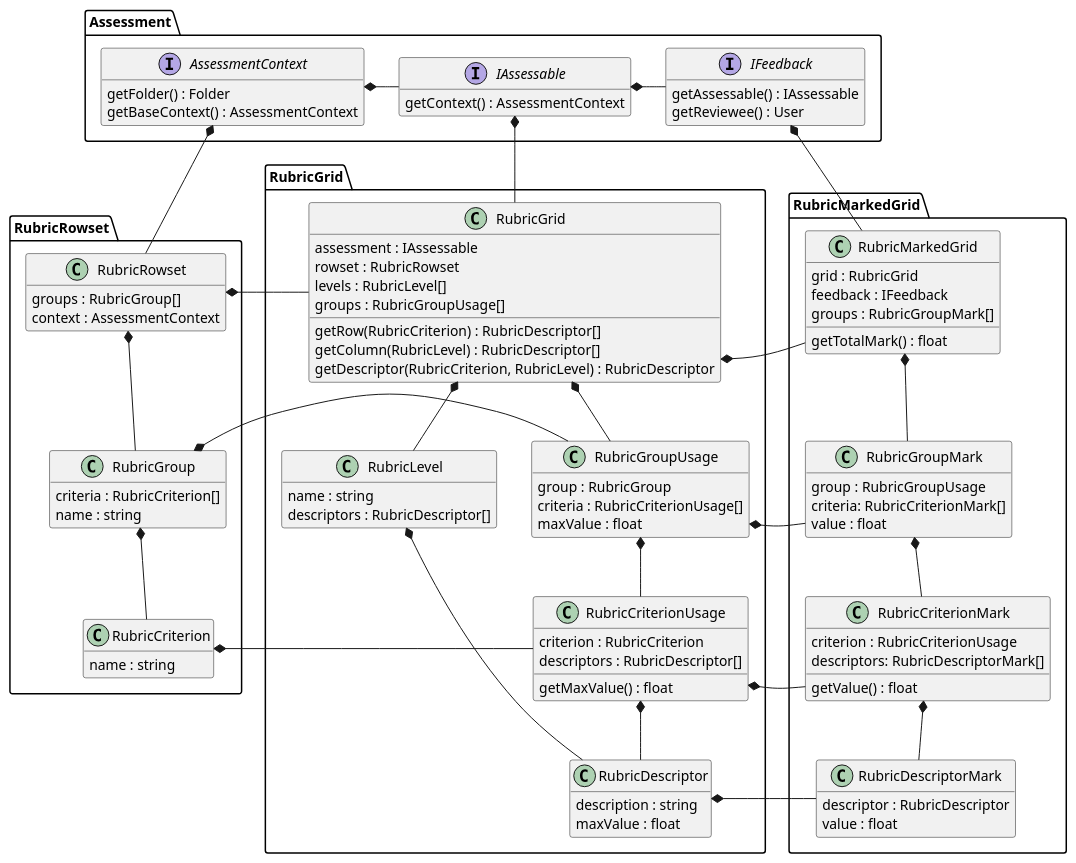
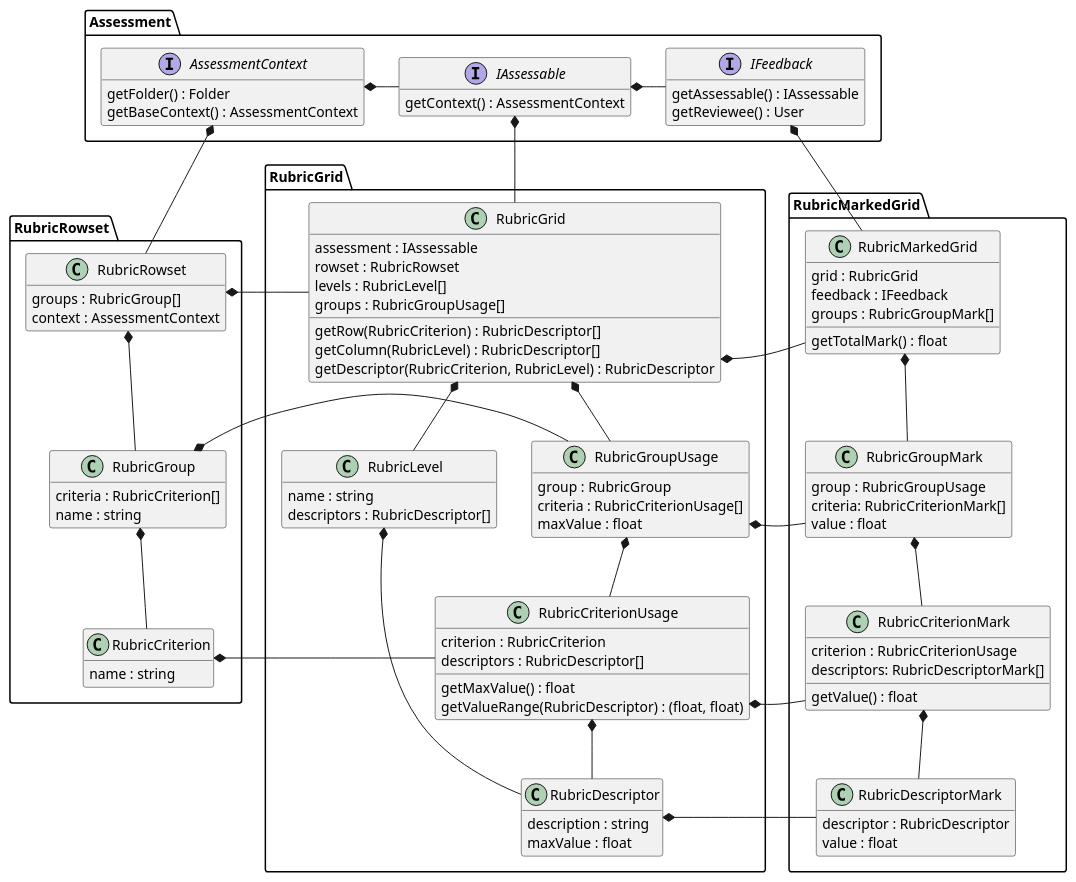
One commit to juliaattrevisan/schoolbox-api-docs changed the diagram in library/Schoolbox/Assessment/Rubric/Rubric.plantuml. Above: the diagram before and after it, drawn with PlantUML.

Commit message:
Add getValueRange to class diagram [SA-7281]

```diff
--- a/library/Schoolbox/Assessment/Rubric/Rubric.plantuml
+++ b/library/Schoolbox/Assessment/Rubric/Rubric.plantuml
@@ -1,146 +1,147 @@
 @startuml
 
 hide empty fields
 hide empty methods
 
 namespace Assessment {
 
     interface AssessmentContext {
         getFolder() : Folder
         getBaseContext() : AssessmentContext
     }
 
     interface IAssessable {
         getContext() : AssessmentContext
     }
 
     interface IFeedback {
         getAssessable() : IAssessable
         getReviewee() : User
     }
 
     ' internal relations
     AssessmentContext *-r- IAssessable
     IAssessable *-r- IFeedback
 }
 
 
 namespace RubricRowset {
 
     class RubricRowset {
         groups : RubricGroup[]
         context : AssessmentContext
     }
 
     class RubricGroup {
         criteria : RubricCriterion[]
         name : string
     }
 
     class RubricCriterion {
         name : string
     }
 
     ' internal relations
     RubricRowset *-d- RubricGroup
     RubricGroup *-d- RubricCriterion
 
     ' relation to Assessment
     Assessment.AssessmentContext *-d- RubricRowset
 }
 
 
 namespace RubricGrid {
 
     class RubricGrid {
         assessment : IAssessable
         rowset : RubricRowset
         levels : RubricLevel[]
         groups : RubricGroupUsage[]
         getRow(RubricCriterion) : RubricDescriptor[]
         getColumn(RubricLevel) : RubricDescriptor[]
         getDescriptor(RubricCriterion, RubricLevel) : RubricDescriptor
     }
 
     class RubricGroupUsage {
         group : RubricGroup
         criteria : RubricCriterionUsage[]
         maxValue : float
     }
 
     class RubricCriterionUsage {
         criterion : RubricCriterion
         descriptors : RubricDescriptor[]
         getMaxValue() : float
+        getValueRange(RubricDescriptor) : (float, float)
     }
 
     class RubricLevel {
         name : string
         descriptors : RubricDescriptor[]
     }
 
     class RubricDescriptor {
         description : string
         maxValue : float
     }
 
     ' internal relations
     RubricGrid *-d- RubricGroupUsage
     RubricGroupUsage *-d- RubricCriterionUsage
     RubricCriterionUsage *-d- RubricDescriptor
     RubricGrid *-d- RubricLevel
     RubricLevel *-r- RubricDescriptor
     RubricLevel *-[hidden]r- RubricGroupUsage
 
     ' relation to Assessment
     Assessment.IAssessable *-d- RubricGrid
 
     ' relation to RubricRowset
     RubricGrid -l-* RubricRowset.RubricRowset
     RubricGroupUsage -l-* RubricRowset.RubricGroup
     RubricCriterionUsage -l-* RubricRowset.RubricCriterion
 }
 
 
 namespace RubricMarkedGrid {
 
     class RubricMarkedGrid {
         grid : RubricGrid
         feedback : IFeedback
         groups : RubricGroupMark[]
         getTotalMark() : float
     }
 
     class RubricGroupMark {
         group : RubricGroupUsage
         criteria: RubricCriterionMark[]
         value : float
     }
 
     class RubricCriterionMark {
         criterion : RubricCriterionUsage
         descriptors: RubricDescriptorMark[]
         getValue() : float
     }
 
     class RubricDescriptorMark {
         descriptor : RubricDescriptor
         value : float
     }
 
     ' internal relations
     RubricMarkedGrid *-d- RubricGroupMark
     RubricGroupMark *-d- RubricCriterionMark
     RubricCriterionMark *-d- RubricDescriptorMark
 
     ' relation to Assessment
     Assessment.IFeedback *-d- RubricMarkedGrid
 
     ' relation to RubricGrid
     RubricMarkedGrid -l-* RubricGrid.RubricGrid
     RubricGroupMark -l-* RubricGrid.RubricGroupUsage
     RubricCriterionMark -l-* RubricGrid.RubricCriterionUsage
     RubricDescriptorMark -l-* RubricGrid.RubricDescriptor
 }
 
 @enduml
```
